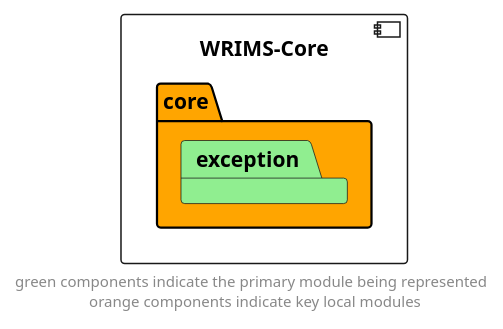
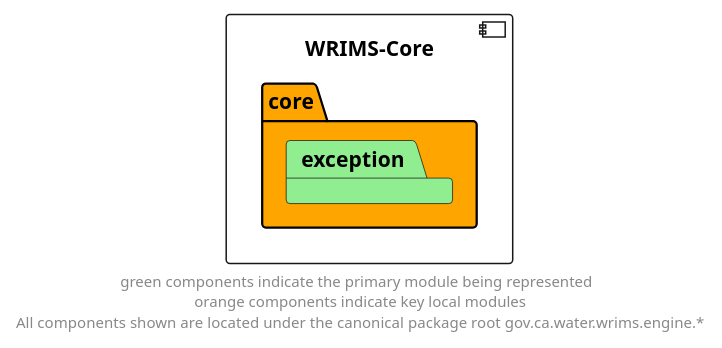
One commit to CentralValleyModeling/wrims-engine changed the diagram in docs/diagrams/wrims-core/wrims-core_exception.puml. Above: the diagram before and after it, drawn with PlantUML. The commit also changed 34 other files, not shown here.

Commit message:
Added missing canonical tld path references to diagrams

```diff
--- a/docs/diagrams/wrims-core/wrims-core_exception.puml
+++ b/docs/diagrams/wrims-core/wrims-core_exception.puml
@@ -1,13 +1,13 @@
 @startuml
 left to right direction
 skinparam linetype ortho
 
 component wrims_core as "WRIMS-Core" {
     package core #orange {
         package exception #lightgreen
     }
 }
 
 
-footer "green components indicate the primary module being represented \n orange components indicate key local modules"
+footer "green components indicate the primary module being represented \n orange components indicate key local modules\n All components shown are located under the canonical package root gov.ca.water.wrims.engine.*"
 @enduml
```
